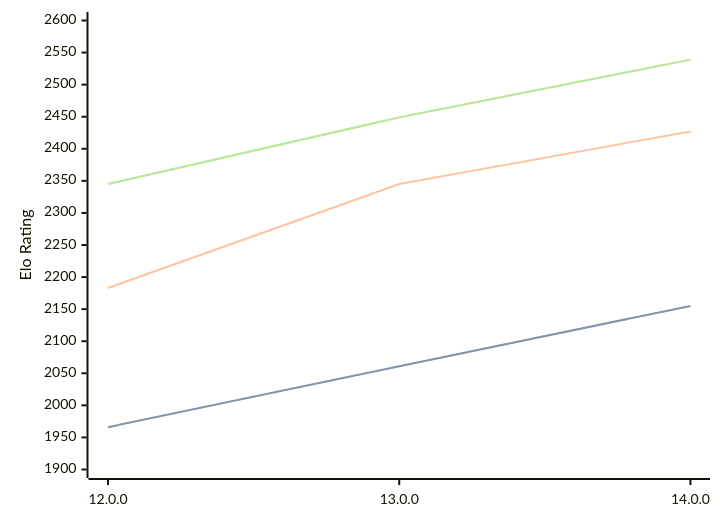
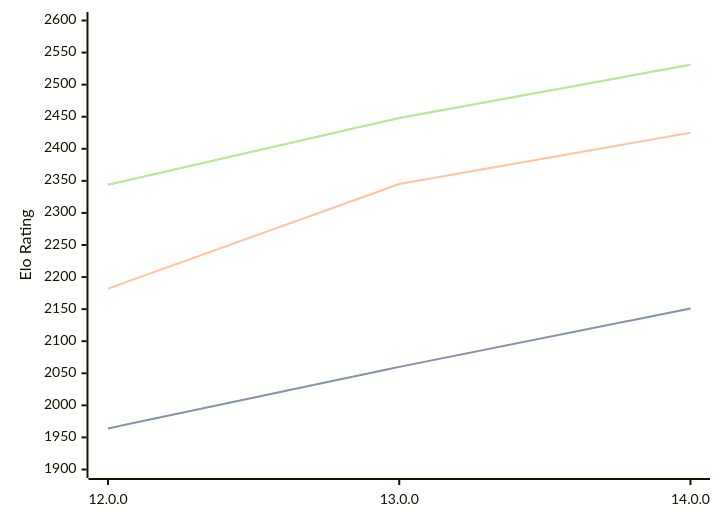
The diagram in engines/Cepimetheus.md (computer-chess-index/cci), drawn with Mermaid before and after one commit. The commit also changed other lines of this file, not shown here.

Commit message:
Update CCI Ratings (ELO VLTC) - 2026-08-04

````diff
--- a/engines/Cepimetheus.md
+++ b/engines/Cepimetheus.md
@@ -66,11 +66,11 @@
 ```mermaid
 %%{init: {"theme":"base","themeVariables":{"seriesColors:['#a3a3a3','#222221','#faa371']}}}%%
 xychart-beta
   x-axis ["12.0.0", "13.0.0", "14.0.0"]
   y-axis "Elo Rating" 1900 --> 2600
-  line "STC (8.0+0.08s)" [1966, 2061, 2155]
-  line "STC (8.0+0.08s)" [1966, 2061, 2155]
-  line "LTC (60.0+0.60s)" [2183, 2345, 2427]
-  line "VLTC (2m24s+1.12s)" [2345, 2449, 2539]
-  line "VLTC (2m24s+1.12s)" [2345, 2449, 2539]
+  line "STC (8.0+0.08s)" [1964, 2060, 2151]
+  line "STC (8.0+0.08s)" [1964, 2060, 2151]
+  line "LTC (60.0+0.60s)" [2182, 2345, 2425]
+  line "VLTC (2m24s+1.12s)" [2344, 2448, 2531]
+  line "VLTC (2m24s+1.12s)" [2344, 2448, 2531]
 ```
````
